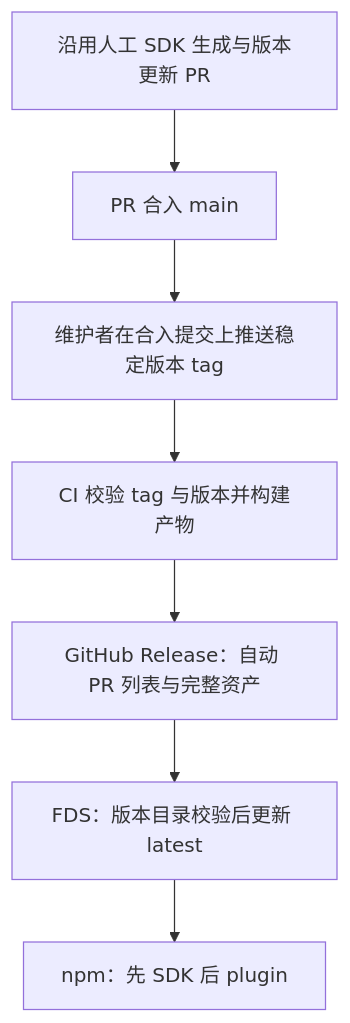
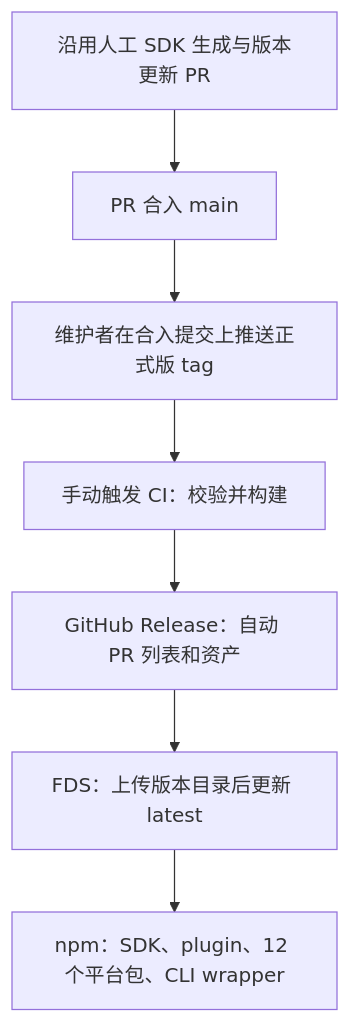
The diagram in docs/compose/spec/release-process.md (XiaomiMiMo/MiMo-Code), drawn with Mermaid before and after one commit. The commit also changed other lines of this file and 9 other files, not shown here.

````diff
--- a/docs/compose/spec/release-process.md
+++ b/docs/compose/spec/release-process.md
@@ -56,9 +56,9 @@
 ```mermaid
 flowchart TD
   A[沿用人工 SDK 生成与版本更新 PR] --> B[PR 合入 main]
-  B --> C[维护者在合入提交上推送稳定版本 tag]
-  C --> D[CI 校验 tag 与版本并构建产物]
-  D --> E[GitHub Release：自动 PR 列表与完整资产]
-  E --> F[FDS：版本目录校验后更新 latest]
-  F --> G[npm：先 SDK 后 plugin]
+  B --> C[维护者在合入提交上推送正式版 tag]
+  C --> D[手动触发 CI：校验并构建]
+  D --> E[GitHub Release：自动 PR 列表和资产]
+  E --> F[FDS：上传版本目录后更新 latest]
+  F --> G[npm：SDK、plugin、12 个平台包、CLI wrapper]
 ```
````
